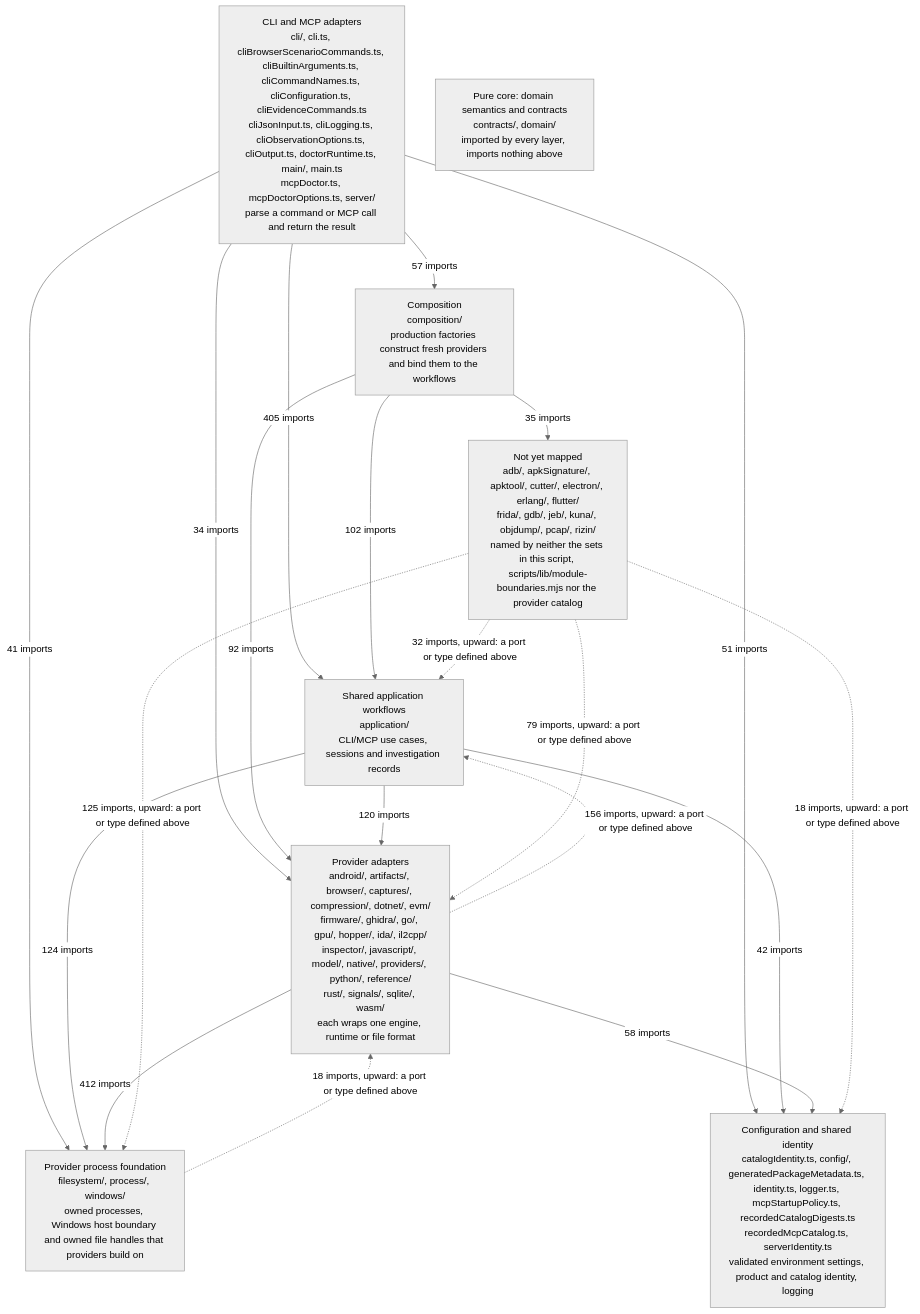
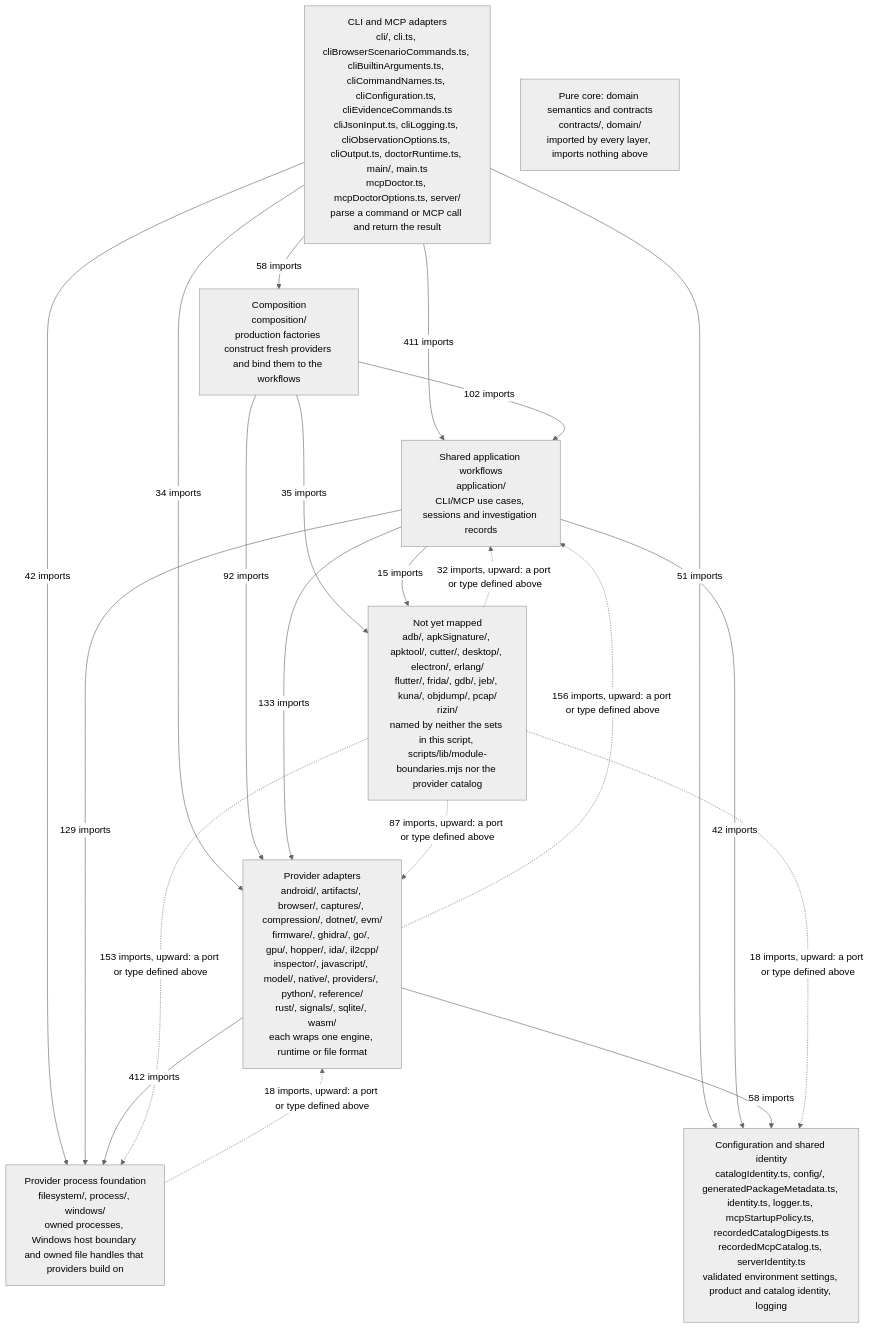
One commit to rugbyvet/rea_v2 changed the diagram in docs/architecture.mermaid. Above: the diagram before and after it, drawn with Mermaid (neutral theme).

Commit message:
docs: regenerate architecture after upstream merge

```diff
--- a/docs/architecture.mermaid
+++ b/docs/architecture.mermaid
@@ -1,33 +1,34 @@
 flowchart TD
     %% Generated by scripts/generate-architecture-map.mjs from the import statements in src/ (tests and fixtures skipped). Do not edit by hand: run `node scripts/generate-architecture-map.mjs` to regenerate it. `--check` runs in npm run docs:check.
     %% Each box is a layer. Its members come from the sets in scripts/lib/module-boundaries.mjs, from the sets in this script and from the dirs that export a provider identity listed in the compiled catalog. A dir or root file none of them names lands in UNMAPPED.
     %% Solid arrow: imports from the layer above to the one below. Dashed arrow: imports upward, a port or type defined above. Each label counts import statements.
-    %% Every layer imports the pure core, 4865 imports in all (ADAPTERS->CORE 575, COMPOSITION->CORE 33, APPLICATION->CORE 1799, PROVIDERS->CORE 1982, FOUNDATION->CORE 96, CONFIG->CORE 79, UNMAPPED->CORE 301), drawn once as the bottom box instead of as arrows.
-    %% Arrows under 10 imports are not drawn: ADAPTERS->UNMAPPED 7, COMPOSITION->ADAPTERS 3, COMPOSITION->FOUNDATION 6, COMPOSITION->CONFIG 7, APPLICATION->UNMAPPED 1, PROVIDERS->UNMAPPED 6, FOUNDATION->CONFIG 6, CONFIG->ADAPTERS 1, CONFIG->APPLICATION 2, CONFIG->FOUNDATION 1.
+    %% Every layer imports the pure core, 4971 imports in all (ADAPTERS->CORE 579, COMPOSITION->CORE 33, APPLICATION->CORE 1873, PROVIDERS->CORE 1982, FOUNDATION->CORE 96, CONFIG->CORE 79, UNMAPPED->CORE 329), drawn once as the bottom box instead of as arrows.
+    %% Arrows under 10 imports are not drawn: ADAPTERS->UNMAPPED 9, COMPOSITION->ADAPTERS 3, COMPOSITION->FOUNDATION 6, COMPOSITION->CONFIG 7, PROVIDERS->UNMAPPED 6, FOUNDATION->CONFIG 6, CONFIG->ADAPTERS 1, CONFIG->APPLICATION 2, CONFIG->FOUNDATION 1.
     ADAPTERS["CLI and MCP adapters<br/>cli/, cli.ts, cliBrowserScenarioCommands.ts, cliBuiltinArguments.ts, cliCommandNames.ts, cliConfiguration.ts, cliEvidenceCommands.ts<br/>cliJsonInput.ts, cliLogging.ts, cliObservationOptions.ts, cliOutput.ts, doctorRuntime.ts, main/, main.ts<br/>mcpDoctor.ts, mcpDoctorOptions.ts, server/<br/>parse a command or MCP call and return the result"]
     COMPOSITION["Composition<br/>composition/<br/>production factories construct fresh providers and bind them to the workflows"]
     APPLICATION["Shared application workflows<br/>application/<br/>CLI/MCP use cases, sessions and investigation records"]
     PROVIDERS["Provider adapters<br/>android/, artifacts/, browser/, captures/, compression/, dotnet/, evm/<br/>firmware/, ghidra/, go/, gpu/, hopper/, ida/, il2cpp/<br/>inspector/, javascript/, model/, native/, providers/, python/, reference/<br/>rust/, signals/, sqlite/, wasm/<br/>each wraps one engine, runtime or file format"]
     FOUNDATION["Provider process foundation<br/>filesystem/, process/, windows/<br/>owned processes, Windows host boundary and owned file handles that providers build on"]
     CONFIG["Configuration and shared identity<br/>catalogIdentity.ts, config/, generatedPackageMetadata.ts, identity.ts, logger.ts, mcpStartupPolicy.ts, recordedCatalogDigests.ts<br/>recordedMcpCatalog.ts, serverIdentity.ts<br/>validated environment settings, product and catalog identity, logging"]
-    UNMAPPED["Not yet mapped<br/>adb/, apkSignature/, apktool/, cutter/, electron/, erlang/, flutter/<br/>frida/, gdb/, jeb/, kuna/, objdump/, pcap/, rizin/<br/>named by neither the sets in this script, scripts/lib/module-boundaries.mjs nor the provider catalog"]
+    UNMAPPED["Not yet mapped<br/>adb/, apkSignature/, apktool/, cutter/, desktop/, electron/, erlang/<br/>flutter/, frida/, gdb/, jeb/, kuna/, objdump/, pcap/<br/>rizin/<br/>named by neither the sets in this script, scripts/lib/module-boundaries.mjs nor the provider catalog"]
     CORE["Pure core: domain semantics and contracts<br/>contracts/, domain/<br/>imported by every layer, imports nothing above"]
-    ADAPTERS -->|"57 imports"| COMPOSITION
-    ADAPTERS -->|"405 imports"| APPLICATION
+    ADAPTERS -->|"58 imports"| COMPOSITION
+    ADAPTERS -->|"411 imports"| APPLICATION
     ADAPTERS -->|"34 imports"| PROVIDERS
-    ADAPTERS -->|"41 imports"| FOUNDATION
+    ADAPTERS -->|"42 imports"| FOUNDATION
     ADAPTERS -->|"51 imports"| CONFIG
     COMPOSITION -->|"102 imports"| APPLICATION
     COMPOSITION -->|"92 imports"| PROVIDERS
     COMPOSITION -->|"35 imports"| UNMAPPED
-    APPLICATION -->|"120 imports"| PROVIDERS
-    APPLICATION -->|"124 imports"| FOUNDATION
+    APPLICATION -->|"133 imports"| PROVIDERS
+    APPLICATION -->|"129 imports"| FOUNDATION
     APPLICATION -->|"42 imports"| CONFIG
+    APPLICATION -->|"15 imports"| UNMAPPED
     PROVIDERS -.->|"156 imports, upward: a port or type defined above"| APPLICATION
     PROVIDERS -->|"412 imports"| FOUNDATION
     PROVIDERS -->|"58 imports"| CONFIG
     FOUNDATION -.->|"18 imports, upward: a port or type defined above"| PROVIDERS
     UNMAPPED -.->|"32 imports, upward: a port or type defined above"| APPLICATION
-    UNMAPPED -.->|"79 imports, upward: a port or type defined above"| PROVIDERS
-    UNMAPPED -.->|"125 imports, upward: a port or type defined above"| FOUNDATION
+    UNMAPPED -.->|"87 imports, upward: a port or type defined above"| PROVIDERS
+    UNMAPPED -.->|"153 imports, upward: a port or type defined above"| FOUNDATION
     UNMAPPED -.->|"18 imports, upward: a port or type defined above"| CONFIG
```
